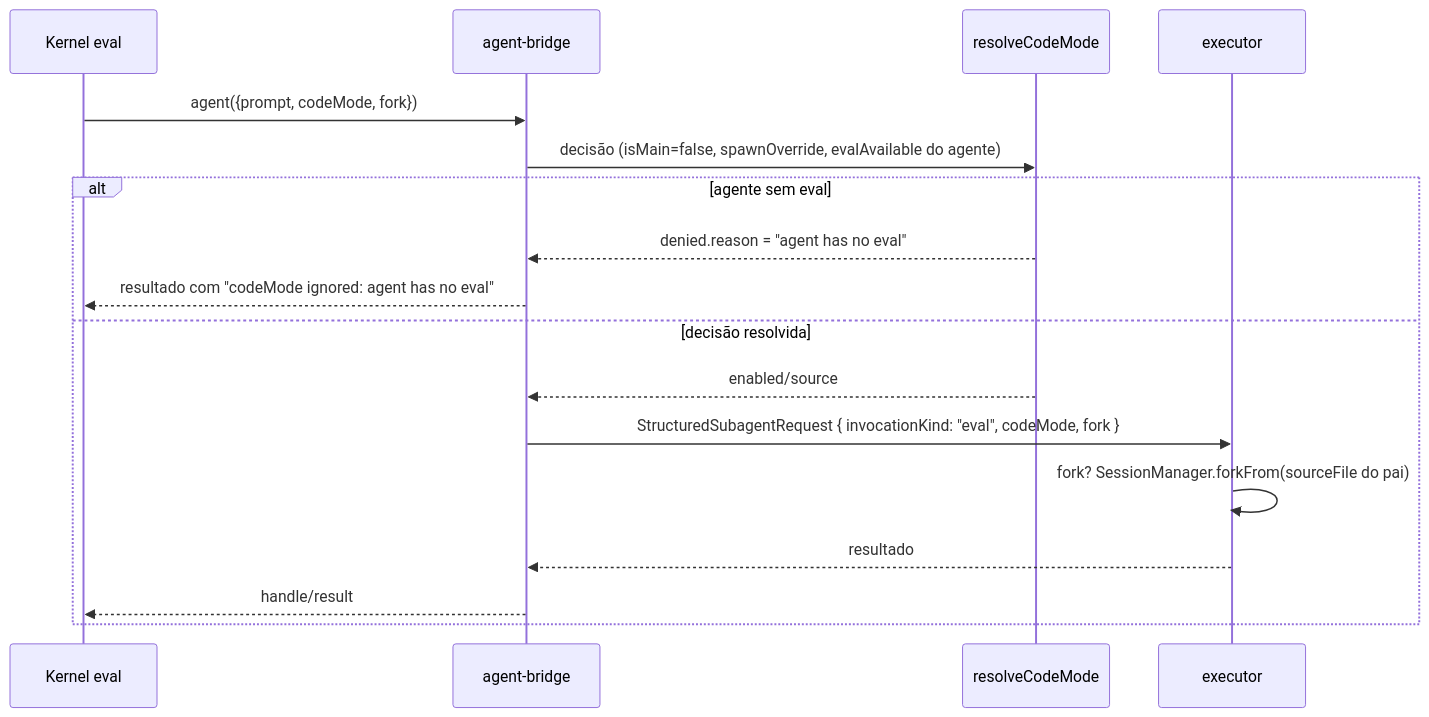
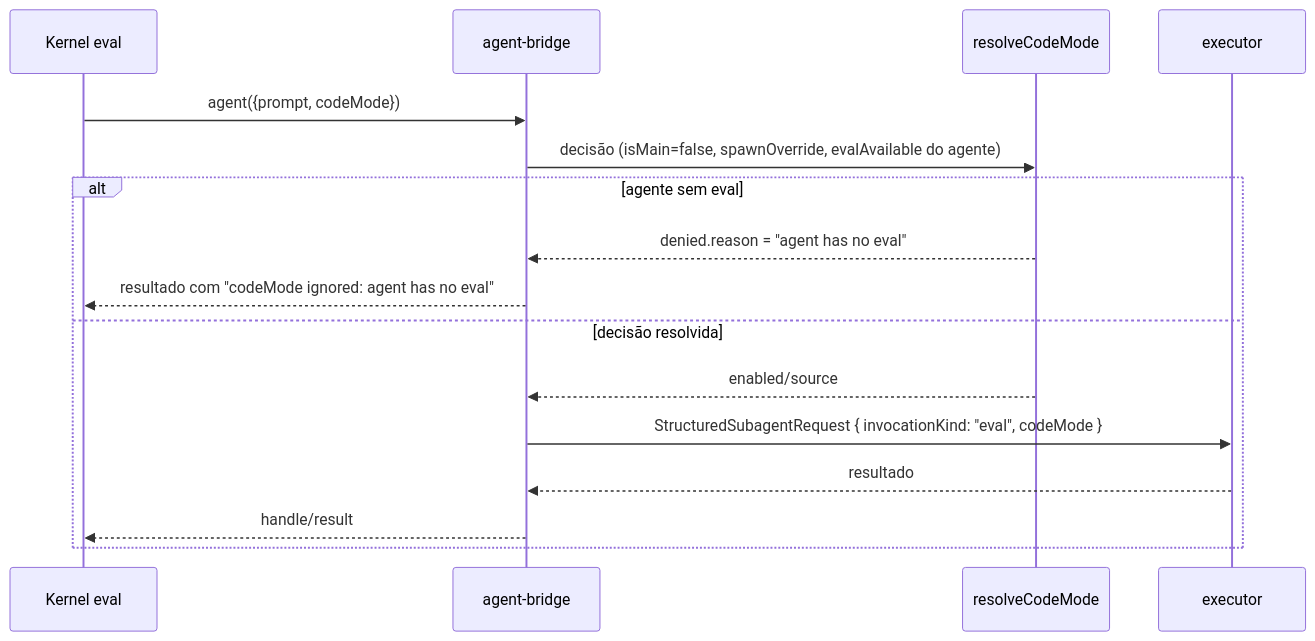
One commit to kaioposnky/omp changed the diagram in docs/code-mode/macro/spawn.md. Above: the diagram before and after it, drawn with Mermaid. The commit also changed other lines of this file and 194 other files, not shown here.

First line of the commit message:
feat(code-mode): port Code Mode onto the 19.x fork base

````diff
--- a/docs/code-mode/macro/spawn.md
+++ b/docs/code-mode/macro/spawn.md
@@ -31,19 +26,18 @@
 ```mermaid
 sequenceDiagram
   participant K as Kernel eval
   participant B as agent-bridge
   participant S as resolveCodeMode
   participant X as executor
-  K->>B: agent({prompt, codeMode, fork})
+  K->>B: agent({prompt, codeMode})
   B->>S: decisão (isMain=false, spawnOverride, evalAvailable do agente)
   alt agente sem eval
     S-->>B: denied.reason = "agent has no eval"
     B-->>K: resultado com "codeMode ignored: agent has no eval"
   else decisão resolvida
     S-->>B: enabled/source
-    B->>X: StructuredSubagentRequest { invocationKind: "eval", codeMode, fork }
-    X->>X: fork? SessionManager.forkFrom(sourceFile do pai)
+    B->>X: StructuredSubagentRequest { invocationKind: "eval", codeMode }
     X-->>B: resultado
     B-->>K: handle/result
   end
 ```
````
